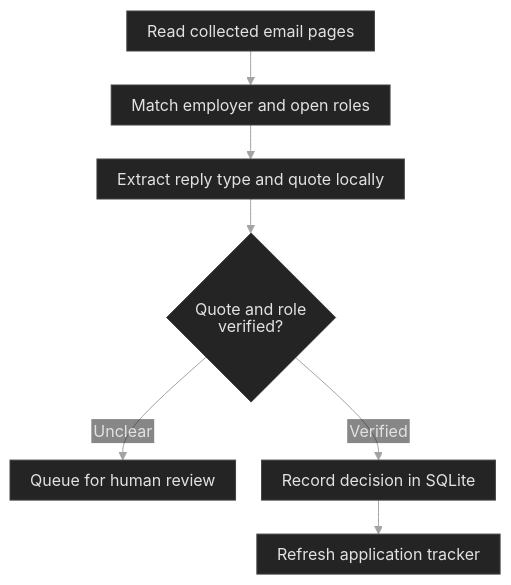
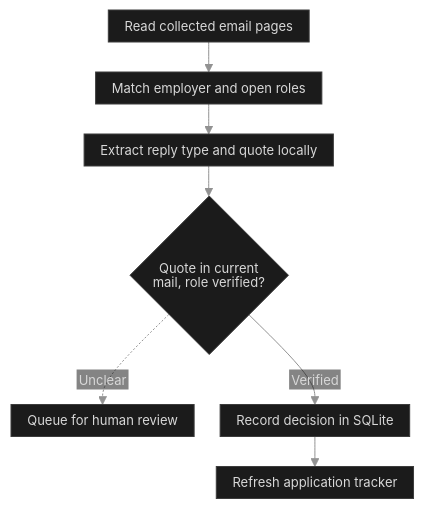
One commit to kazuall/finance-process-portfolio changed the diagram in diagrams/application-replies.mmd. Above: the diagram before and after it, drawn with Mermaid. The commit also changed 43 other files, not shown here.

```diff
--- a/diagrams/application-replies.mmd
+++ b/diagrams/application-replies.mmd
@@ -1,35 +1,35 @@
 ---
 config:
   theme: base
   htmlLabels: false
   themeVariables:
     darkMode: true
-    background: '#101010'
+    background: '#0a0a0a'
     fontFamily: 'Inter, -apple-system, BlinkMacSystemFont, Segoe UI, sans-serif'
-    fontSize: '16px'
-    primaryColor: '#242424'
-    primaryTextColor: '#e2e2e2'
-    primaryBorderColor: '#434343'
-    lineColor: '#a3a3a3'
-    edgeLabelBackground: '#101010'
-    textColor: '#cdcdcd'
+    fontSize: '13px'
+    primaryColor: '#1b1b1b'
+    primaryTextColor: '#d8d8d8'
+    primaryBorderColor: '#3c3c3c'
+    lineColor: '#929292'
+    edgeLabelBackground: '#0a0a0a'
+    textColor: '#d8d8d8'
   flowchart:
     htmlLabels: false
     useMaxWidth: false
     nodeSpacing: 26
-    rankSpacing: 34
-    wrappingWidth: 270
-    padding: 10
+    rankSpacing: 30
+    wrappingWidth: 240
+    padding: 8
     diagramPadding: 5
     curve: basis
-  themeCSS: 'text,tspan{font-family:system-ui,sans-serif!important}.node rect.label-container{rx:3px;ry:3px}.node rect,.node polygon,.flowchart-link{stroke-width:1px!important}.edgeLabel .labelBkg{fill:#101010!important;opacity:1!important}.edgeLabel text{fill:#c4c4c4!important}'
+  themeCSS: 'text,tspan{font-family:system-ui,sans-serif!important;font-weight:400!important}.node rect.label-container{rx:3px;ry:3px}.node rect,.node polygon,.flowchart-link{stroke-width:.85px!important}.edgeLabel .labelBkg{fill:#0a0a0a!important;opacity:1!important}.edgeLabel text{fill:#bebebe!important}'
 ---
 flowchart TB
   accTitle: Application replies
   accDescr: A local model extracts a reply type and quote. The tracker checks the quote against the message and identifies the specific role. Clear decisions are journalled in SQLite. Conflicting evidence goes to review.
   pages["Read collected email pages"] --> registry["Match employer and open roles"]
   registry --> quote["Extract reply type and quote locally"]
-  quote --> proof{"Quote and role<br/>verified?"}
-  proof -->|Unclear| review["Queue for human review"]
+  quote --> proof{"Quote in current<br/>mail, role verified?"}
+  proof -.->|Unclear| review["Queue for human review"]
   proof -->|Verified| write["Record decision in SQLite"]
   write --> views["Refresh application tracker"]
```
